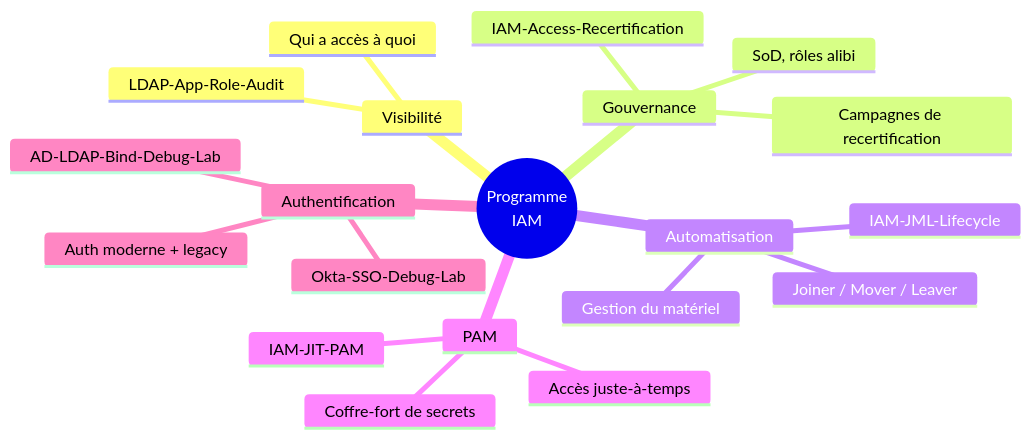
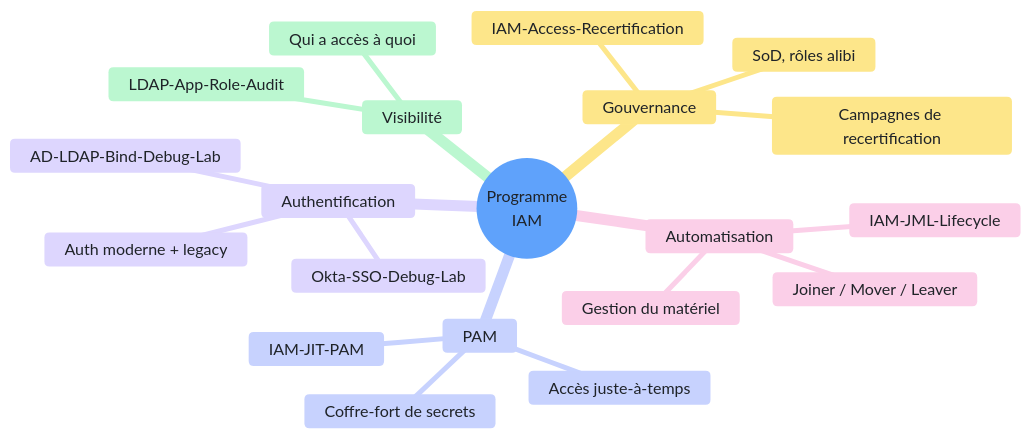
The first of 2 diagrams in README.md (Anne-LaureS/IAM-Governance-Roadmap), drawn with Mermaid before and after one commit. The commit also changed other lines of this file, not shown here.

Commit message:
Éclaircit le mindmap et le camembert (lisibles en mode sombre) et lie le dashboard en tête de page

````diff
--- a/README.md
+++ b/README.md
@@ -27,23 +29,24 @@
 ```mermaid
+%%{init: {"theme":"base","themeVariables":{"primaryColor":"#dbeafe","primaryTextColor":"#1f2328","primaryBorderColor":"#93c5fd","lineColor":"#8c959f","cScale0":"#bfdbfe","cScale1":"#bbf7d0","cScale2":"#fde68a","cScale3":"#fbcfe8","cScale4":"#c7d2fe","cScale5":"#ddd6fe","cScaleLabel0":"#1f2328","cScaleLabel1":"#1f2328","cScaleLabel2":"#1f2328","cScaleLabel3":"#1f2328","cScaleLabel4":"#1f2328","cScaleLabel5":"#1f2328"}}}%%
 mindmap
   root((Programme<br/>IAM))
     Visibilité
       LDAP-App-Role-Audit
       Qui a accès à quoi
     Gouvernance
       IAM-Access-Recertification
       SoD, rôles alibi
       Campagnes de recertification
     Automatisation
       IAM-JML-Lifecycle
       Joiner / Mover / Leaver
       Gestion du matériel
     PAM
       IAM-JIT-PAM
       Accès juste-à-temps
       Coffre-fort de secrets
     Authentification
       Okta-SSO-Debug-Lab
       AD-LDAP-Bind-Debug-Lab
       Auth moderne + legacy
 ```
````
